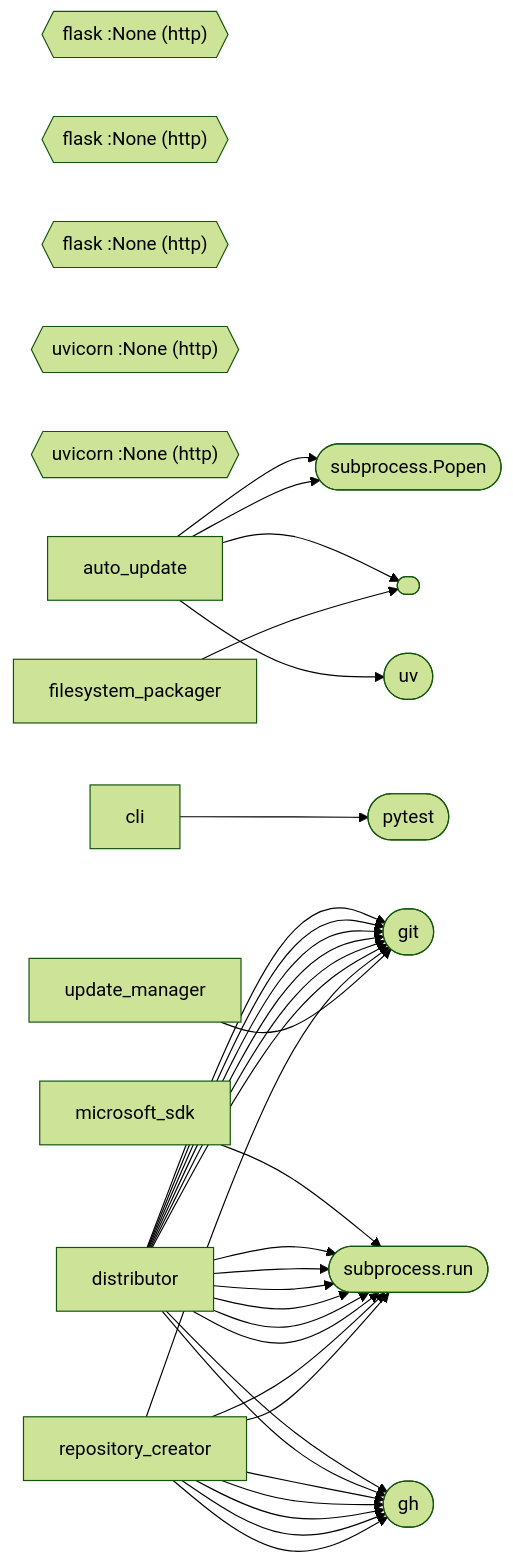
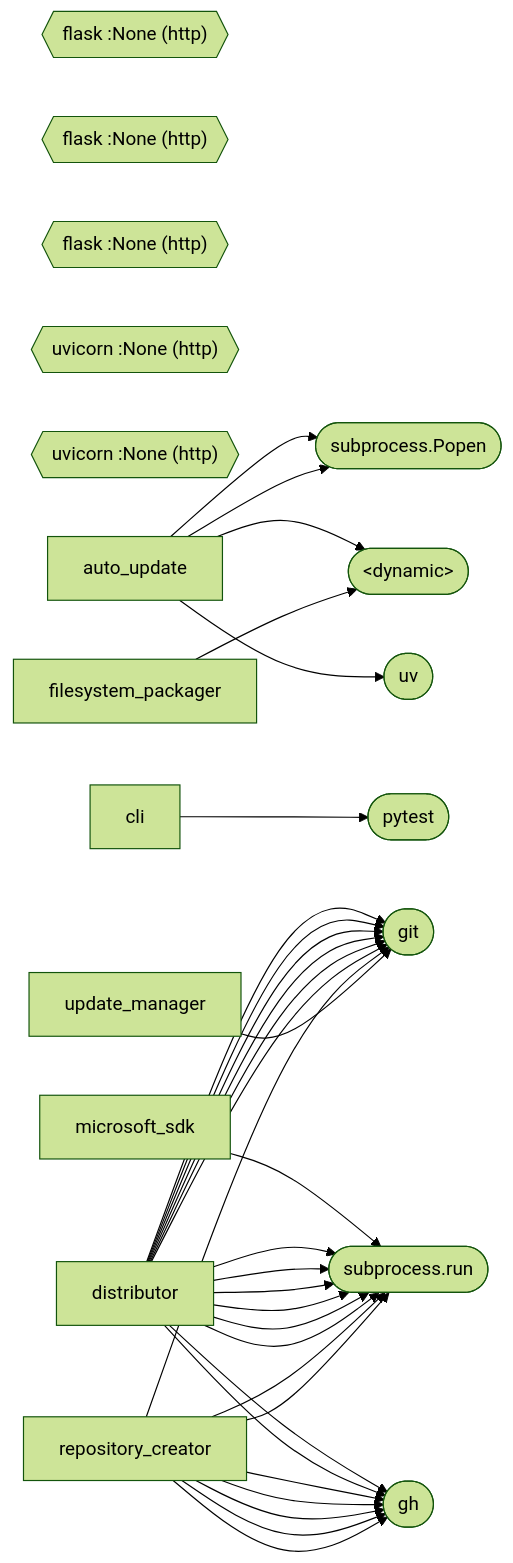
Before and after one commit to rysweet/amplihack: the diagram in docs/atlas/runtime-topology/index.md, drawn with Mermaid (forest theme). The commit also changed other lines of this file and 13 other files, not shown here.

````diff
--- a/docs/atlas/runtime-topology/index.md
+++ b/docs/atlas/runtime-topology/index.md
@@ -19,52 +19,52 @@
     ```mermaid
     graph LR
         S0(["subprocess.run"])
         S1(["uv"])
         S2(["subprocess.Popen"])
-        S3(["<dynamic>"])
+        S3(["&lt;dynamic&gt;"])
         S4(["pytest"])
         S5(["gh"])
         S6(["git"])
         B0{{"flask :None (http)"}}
         B1{{"flask :None (http)"}}
         B2{{"flask :None (http)"}}
         B3{{"uvicorn :None (http)"}}
         B4{{"uvicorn :None (http)"}}
         FN0["microsoft_sdk"]
         FN0 --> S0
         FN1["auto_update"]
         FN1 --> S1
         FN1 --> S2
         FN1 --> S3
         FN1 --> S2
         FN2["cli"]
         FN2 --> S4
         FN3["distributor"]
         FN3 --> S5
         FN3 --> S0
         FN3 --> S0
         FN3 --> S5
         FN3 --> S0
         FN3 --> S6
         FN3 --> S6
         FN3 --> S6
         FN3 --> S6
         FN3 --> S0
         FN3 --> S0
         FN3 --> S0
         FN3 --> S6
         FN3 --> S6
         FN4["filesystem_packager"]
         FN4 --> S3
         FN5["repository_creator"]
         FN5 --> S5
         FN5 --> S5
         FN5 --> S0
         FN5 --> S0
         FN5 --> S5
         FN5 --> S5
         FN5 --> S6
         FN5 --> S5
         FN6["update_manager"]
         FN6 --> S6
     ```
````
